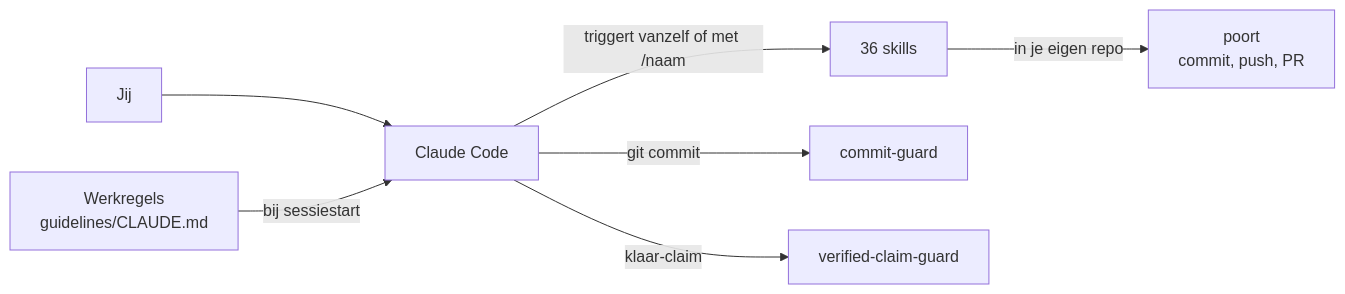
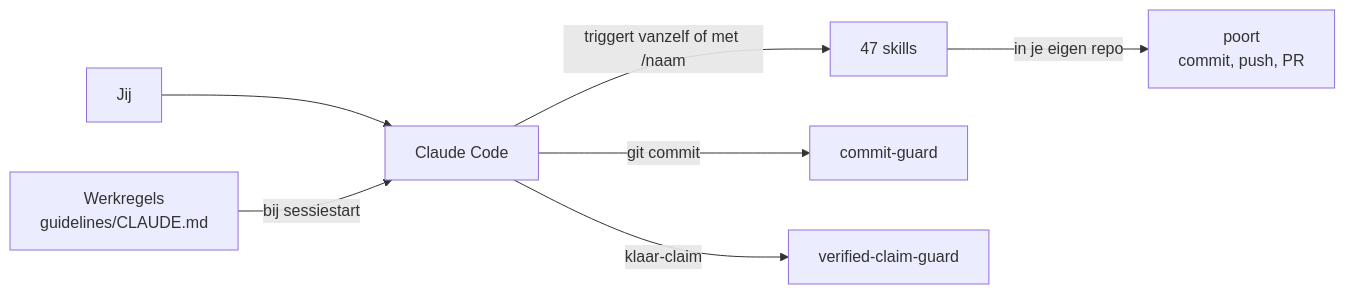
One commit to robinbril/claude-code-harness changed the first of 3 diagrams in README.md. Above: the diagram before and after it, drawn with Mermaid. The commit also changed other lines of this file and 3 other files, not shown here.

````diff
--- a/README.md
+++ b/README.md
@@ -13,9 +13,9 @@
 ```mermaid
 flowchart LR
   U["Jij"] --> CC["Claude Code"]
   G["Werkregels<br/>guidelines/CLAUDE.md"] -->|"bij sessiestart"| CC
-  CC -->|"triggert vanzelf of met /naam"| S["36 skills"]
+  CC -->|"triggert vanzelf of met /naam"| S["47 skills"]
   CC -->|"git commit"| CG["commit-guard"]
   CC -->|"klaar-claim"| VG["verified-claim-guard"]
   S -->|"in je eigen repo"| P["poort<br/>commit, push, PR"]
 ```
````
